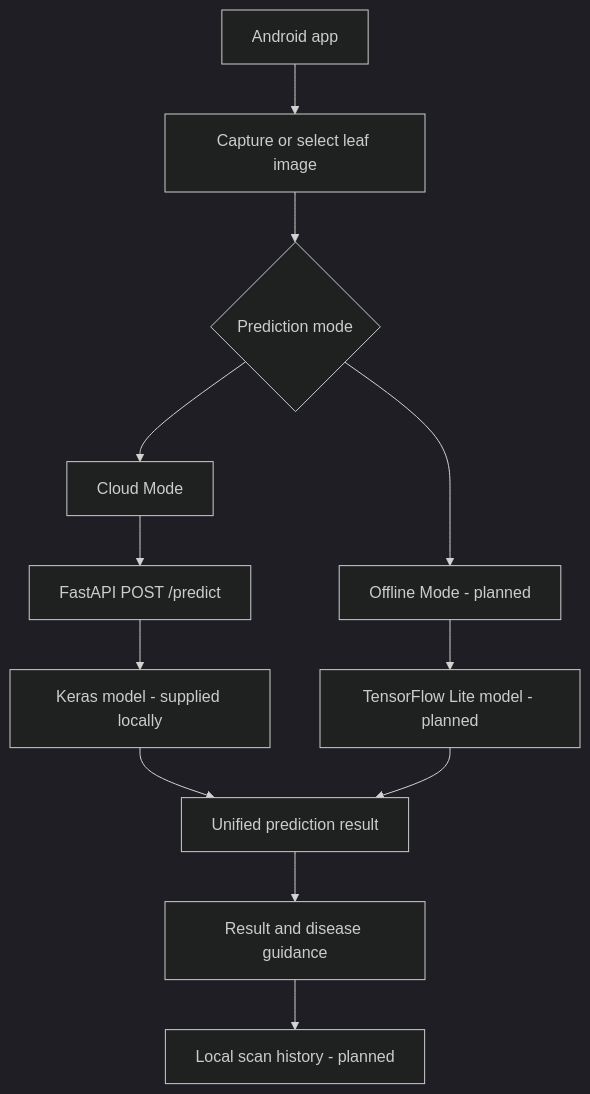
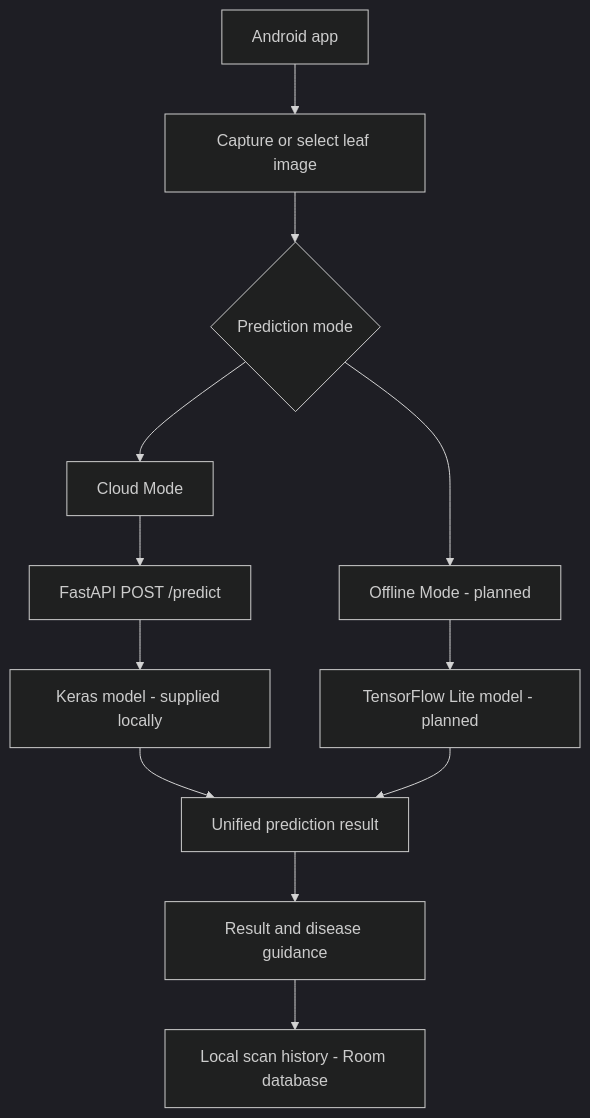
One commit to M-F-Tushar/Cropora changed the diagram in README.md. Above: the diagram before and after it, drawn with Mermaid (dark theme). The commit also changed other lines of this file, not shown here.

````diff
--- a/README.md
+++ b/README.md
@@ -57,14 +57,14 @@
 ```mermaid
 flowchart TD
     A[Android app] --> B[Capture or select leaf image]
     B --> C{Prediction mode}
     C --> D[Cloud Mode]
     C --> E[Offline Mode - planned]
     D --> F[FastAPI POST /predict]
     F --> G[Keras model - supplied locally]
     E --> H[TensorFlow Lite model - planned]
     G --> I[Unified prediction result]
     H --> I
     I --> J[Result and disease guidance]
-    J --> K[Local scan history - planned]
+    J --> K[Local scan history - Room database]
 ```
````
